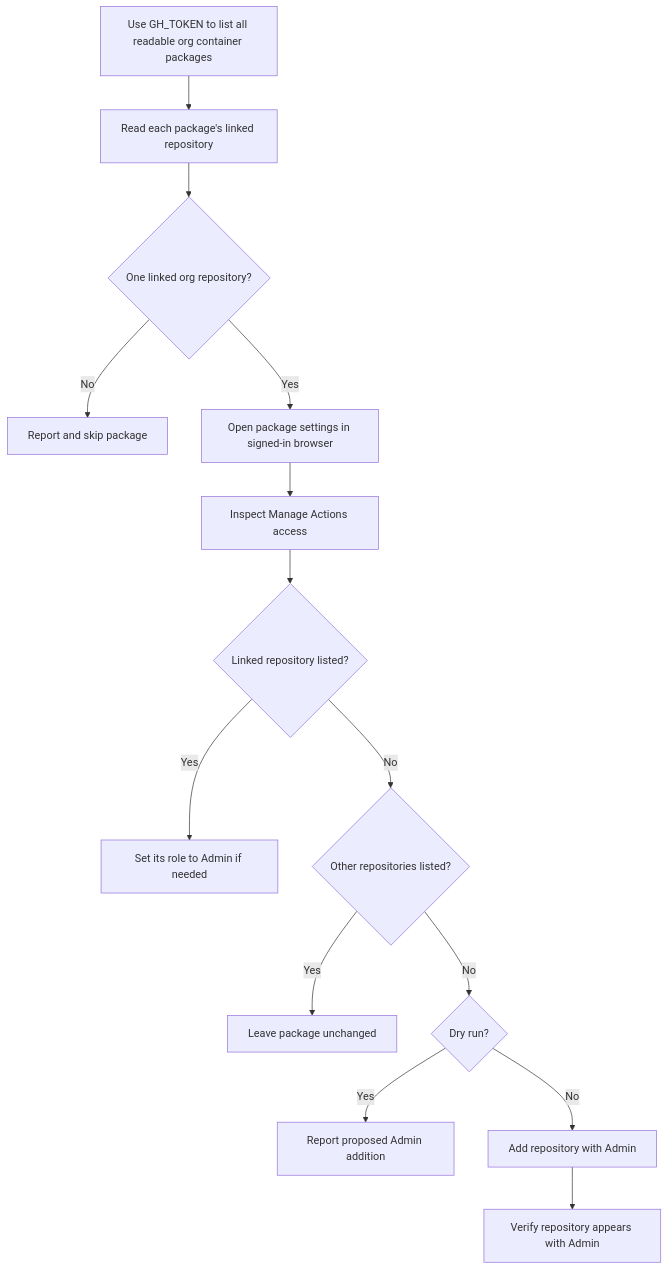
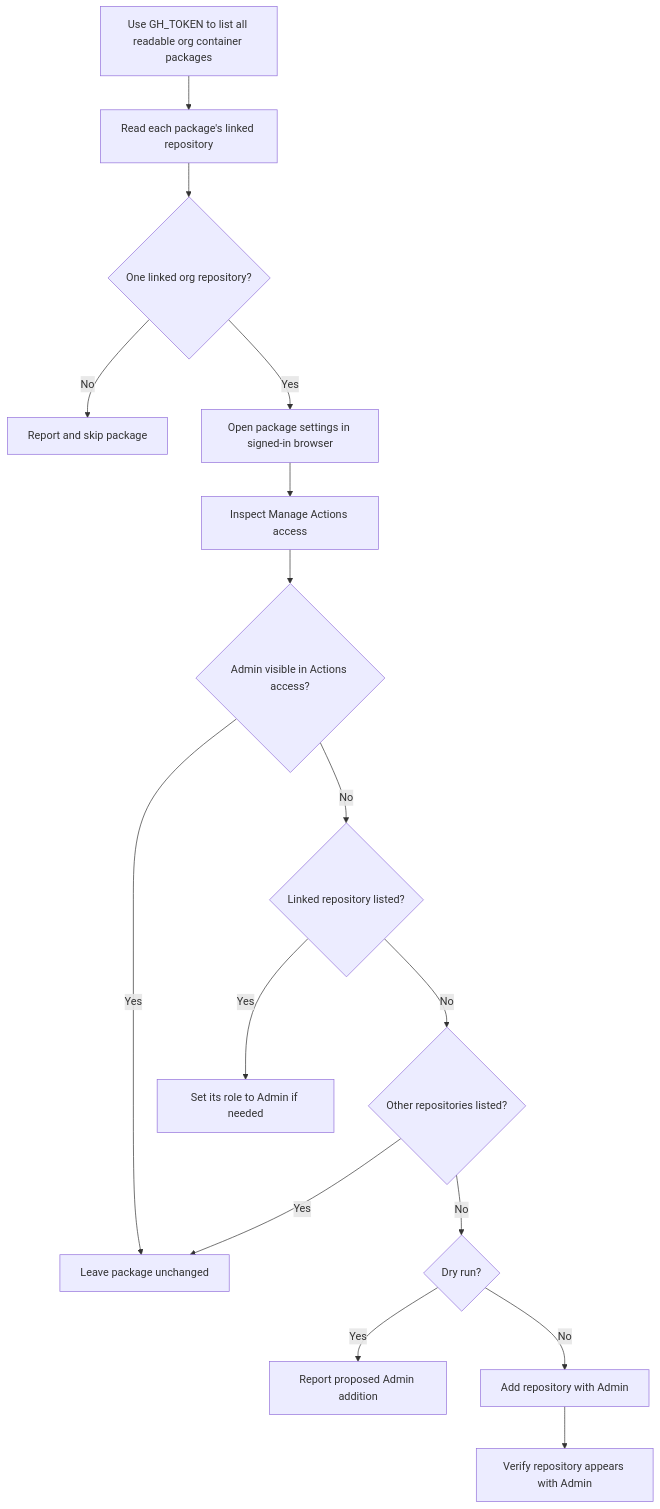
One commit to renan-alm/helper-scripts changed the diagram in github/packages-inheritance/README.md. Above: the diagram before and after it, drawn with Mermaid. The commit also changed other lines of this file and 2 other files, not shown here.

Commit message:
feat: Skip when admin permissions are found

````diff
--- a/github/packages-inheritance/README.md
+++ b/github/packages-inheritance/README.md
@@ -20,16 +21,18 @@
 ```mermaid
 flowchart TD
 	A[Use GH_TOKEN to list all readable org container packages] --> B[Read each package's linked repository]
 	B --> C{One linked org repository?}
 	C -- No --> S[Report and skip package]
 	C -- Yes --> D[Open package settings in signed-in browser]
 	D --> E[Inspect Manage Actions access]
-	E --> F{Linked repository listed?}
+	E --> N{Admin visible in Actions access?}
+	N -- Yes --> M[Leave package unchanged]
+	N -- No --> F{Linked repository listed?}
 	F -- Yes --> G[Set its role to Admin if needed]
 	F -- No --> L{Other repositories listed?}
 	L -- Yes --> M[Leave package unchanged]
 	L -- No --> H{Dry run?}
 	H -- Yes --> I[Report proposed Admin addition]
 	H -- No --> J[Add repository with Admin]
 	J --> K[Verify repository appears with Admin]
 ```
````
